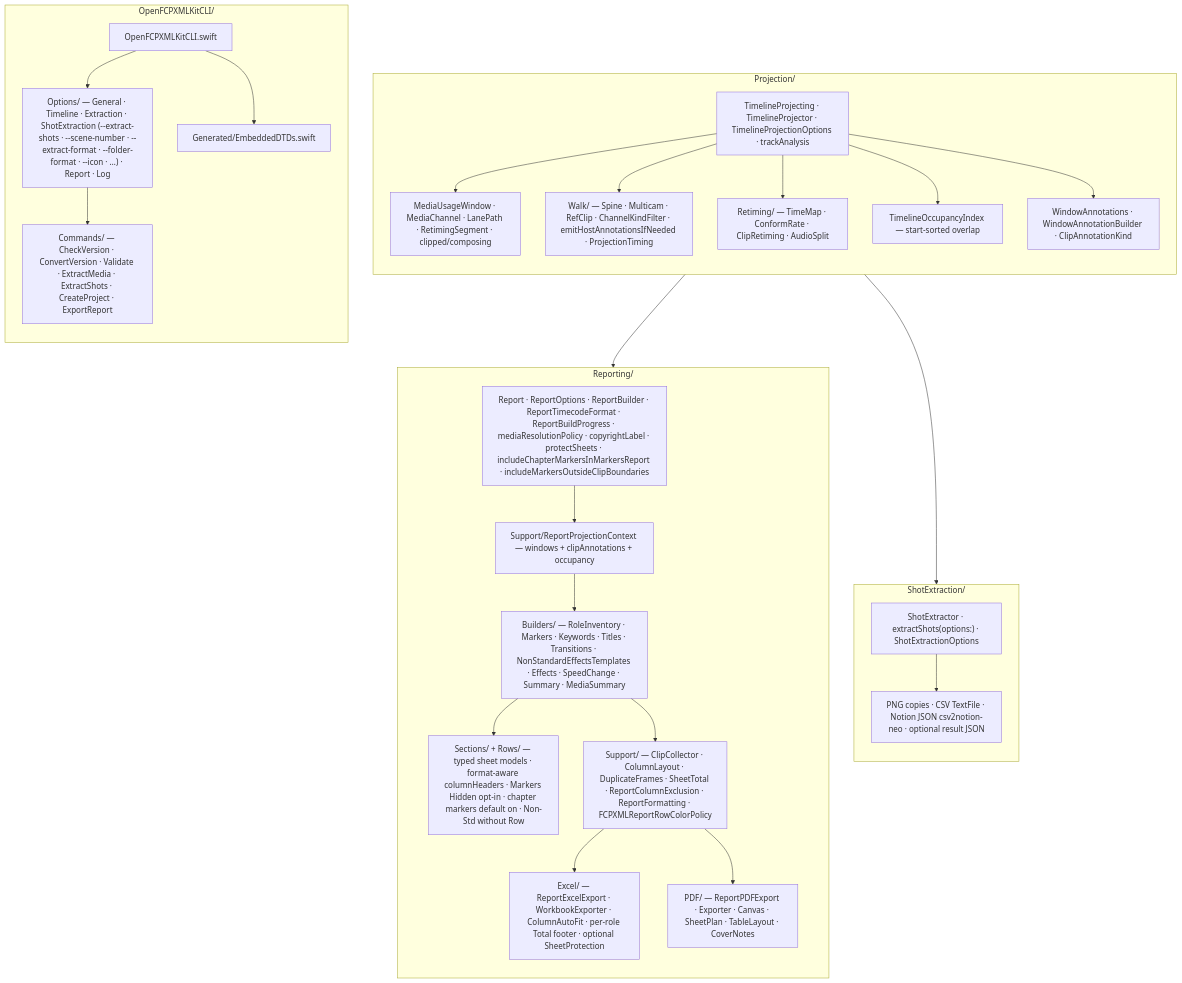
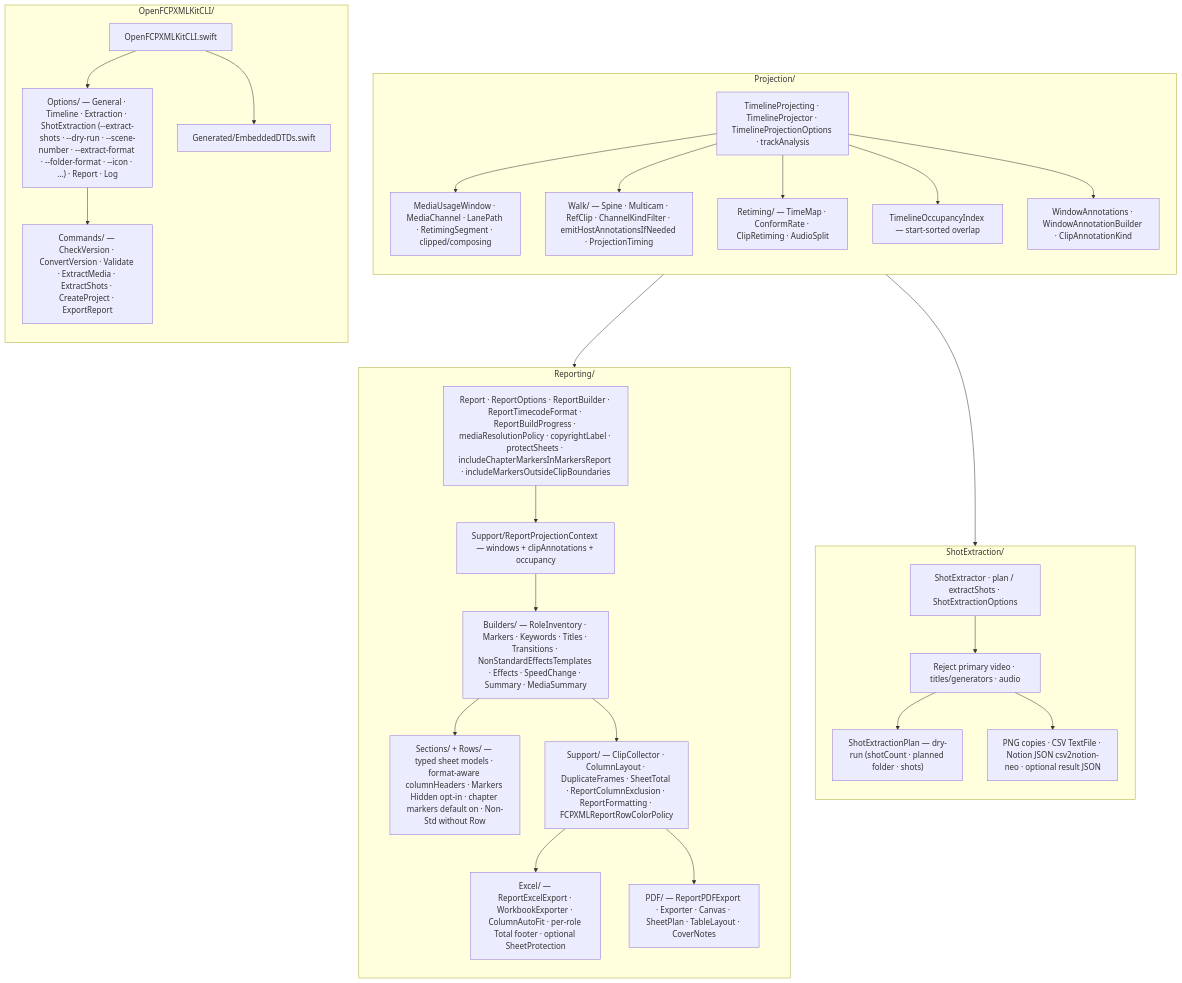
The fifth of 6 diagrams in ARCHITECTURE.md (TheAcharya/OpenFCPXMLKit), drawn with Mermaid before and after one commit. The commit also changed other lines of this file and 41 other files, not shown here.

First line of the commit message:
Add report empty-sheet status and Shot Extraction dry-run.

````diff
--- a/ARCHITECTURE.md
+++ b/ARCHITECTURE.md
@@ -312,52 +312,56 @@
 ```mermaid
 flowchart TB
     subgraph PRJ_DETAIL["Projection/"]
         direction TB
         P_API["TimelineProjecting · TimelineProjector · TimelineProjectionOptions · trackAnalysis"]
         P_WIN["MediaUsageWindow · MediaChannel · LanePath · RetimingSegment · clipped/composing"]
         P_WALK["Walk/ — Spine · Multicam · RefClip · ChannelKindFilter · emitHostAnnotationsIfNeeded · ProjectionTiming"]
         P_RET["Retiming/ — TimeMap · ConformRate · ClipRetiming · AudioSplit"]
         P_OCC["TimelineOccupancyIndex — start-sorted overlap"]
         P_ANN["WindowAnnotations · WindowAnnotationBuilder · ClipAnnotationKind"]
         P_API --> P_WIN
         P_API --> P_WALK
         P_API --> P_RET
         P_API --> P_OCC
         P_API --> P_ANN
     end
 
     subgraph REP_DETAIL["Reporting/"]
         direction TB
         R_TOP["Report · ReportOptions · ReportBuilder · ReportTimecodeFormat · ReportBuildProgress · mediaResolutionPolicy · copyrightLabel · protectSheets · includeChapterMarkersInMarkersReport · includeMarkersOutsideClipBoundaries"]
         R_CTX["Support/ReportProjectionContext — windows + clipAnnotations + occupancy"]
         R_BLD["Builders/ — RoleInventory · Markers · Keywords · Titles · Transitions · NonStandardEffectsTemplates · Effects · SpeedChange · Summary · MediaSummary"]
         R_SEC["Sections/ + Rows/ — typed sheet models · format-aware columnHeaders · Markers Hidden opt-in · chapter markers default on · Non-Std without Row"]
         R_SUP["Support/ — ClipCollector · ColumnLayout · DuplicateFrames · SheetTotal · ReportColumnExclusion · ReportFormatting · FCPXMLReportRowColorPolicy"]
         R_XLS["Excel/ — ReportExcelExport · WorkbookExporter · ColumnAutoFit · per-role Total footer · optional SheetProtection"]
         R_PDF["PDF/ — ReportPDFExport · Exporter · Canvas · SheetPlan · TableLayout · CoverNotes"]
         R_TOP --> R_CTX --> R_BLD --> R_SEC
         R_BLD --> R_SUP
         R_SUP --> R_XLS
         R_SUP --> R_PDF
     end
 
     PRJ_DETAIL --> REP_DETAIL
     PRJ_DETAIL --> SHOT_DETAIL
 
     subgraph SHOT_DETAIL["ShotExtraction/"]
         direction TB
-        S_API["ShotExtractor · extractShots(options:) · ShotExtractionOptions"]
+        S_API["ShotExtractor · plan / extractShots · ShotExtractionOptions"]
+        S_PLAN["ShotExtractionPlan — dry-run (shotCount · planned folder · shots)"]
+        S_VAL["Reject primary video · titles/generators · audio"]
         S_OUT["PNG copies · CSV TextFile · Notion JSON csv2notion-neo · optional result JSON"]
-        S_API --> S_OUT
+        S_API --> S_VAL
+        S_VAL --> S_PLAN
+        S_VAL --> S_OUT
     end
 
     subgraph CLI_DETAIL["OpenFCPXMLKitCLI/"]
         direction TB
         C_ROOT["OpenFCPXMLKitCLI.swift"]
-        C_OPT["Options/ — General · Timeline · Extraction · ShotExtraction (--extract-shots · --scene-number · --extract-format · --folder-format · --icon · …) · Report · Log"]
+        C_OPT["Options/ — General · Timeline · Extraction · ShotExtraction (--extract-shots · --dry-run · --scene-number · --extract-format · --folder-format · --icon · …) · Report · Log"]
         C_CMD["Commands/ — CheckVersion · ConvertVersion · Validate · ExtractMedia · ExtractShots · CreateProject · ExportReport"]
         C_GEN["Generated/EmbeddedDTDs.swift"]
         C_ROOT --> C_OPT --> C_CMD
         C_ROOT --> C_GEN
     end
 ```
````
